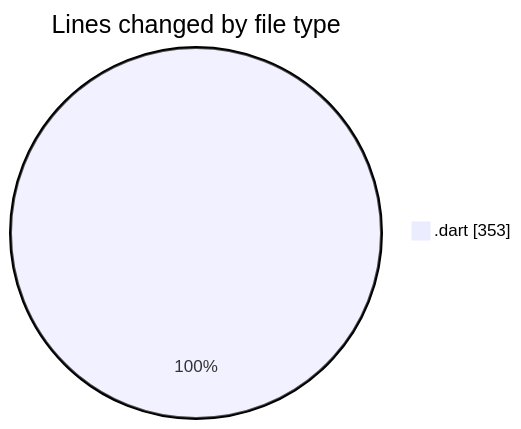
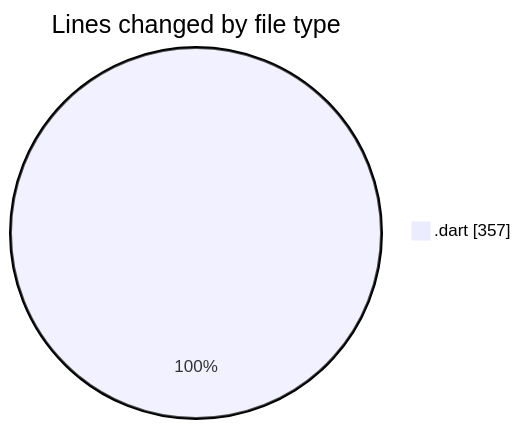
One commit to donsfak/code-tracking changed the first of 2 diagrams in 2025-02-27/uber_clone/README.md. Above: the diagram before and after it, drawn with Mermaid. The commit also changed other lines of this file and 1 other file, not shown here.

````diff
--- a/2025-02-27/uber_clone/README.md
+++ b/2025-02-27/uber_clone/README.md
@@ -20,5 +20,5 @@
 ```mermaid
 pie showData
 title Lines changed by file type
-".dart" : 353
+".dart" : 357
 ```
````
